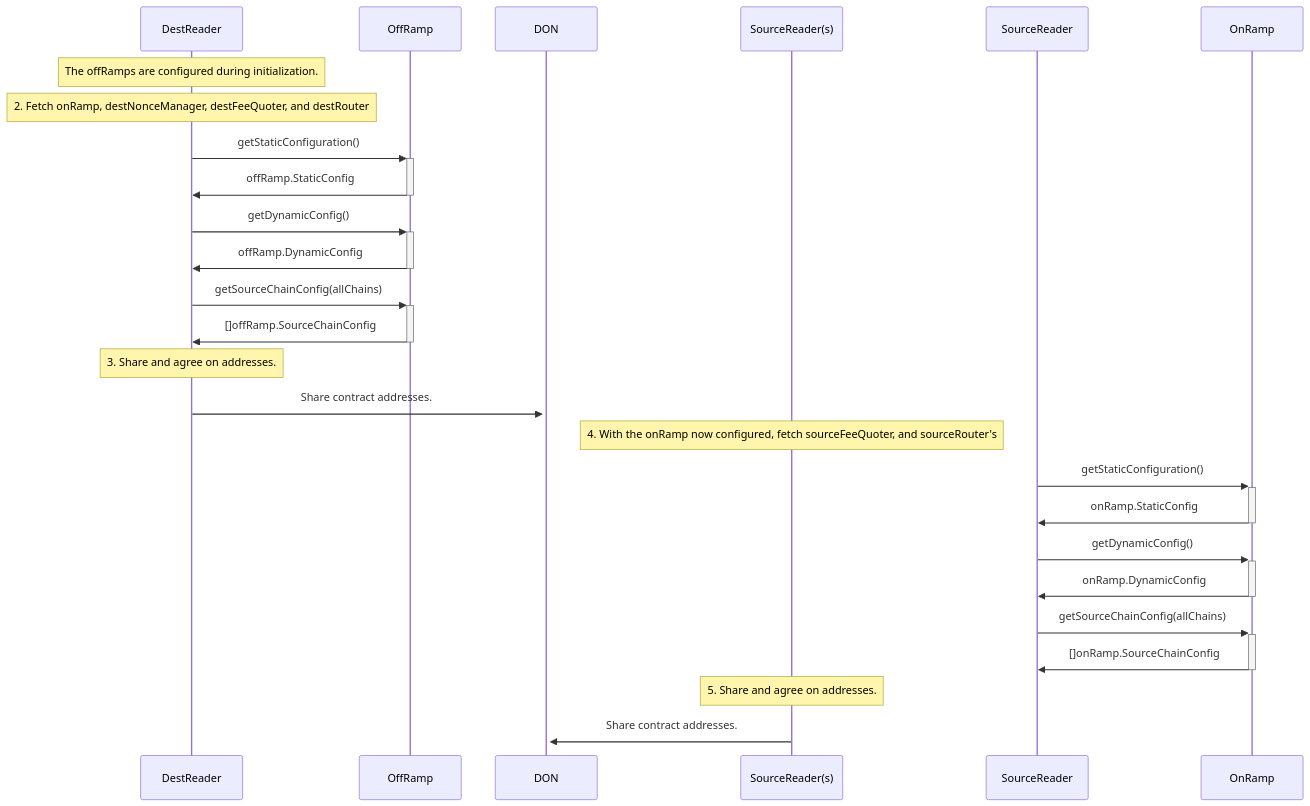
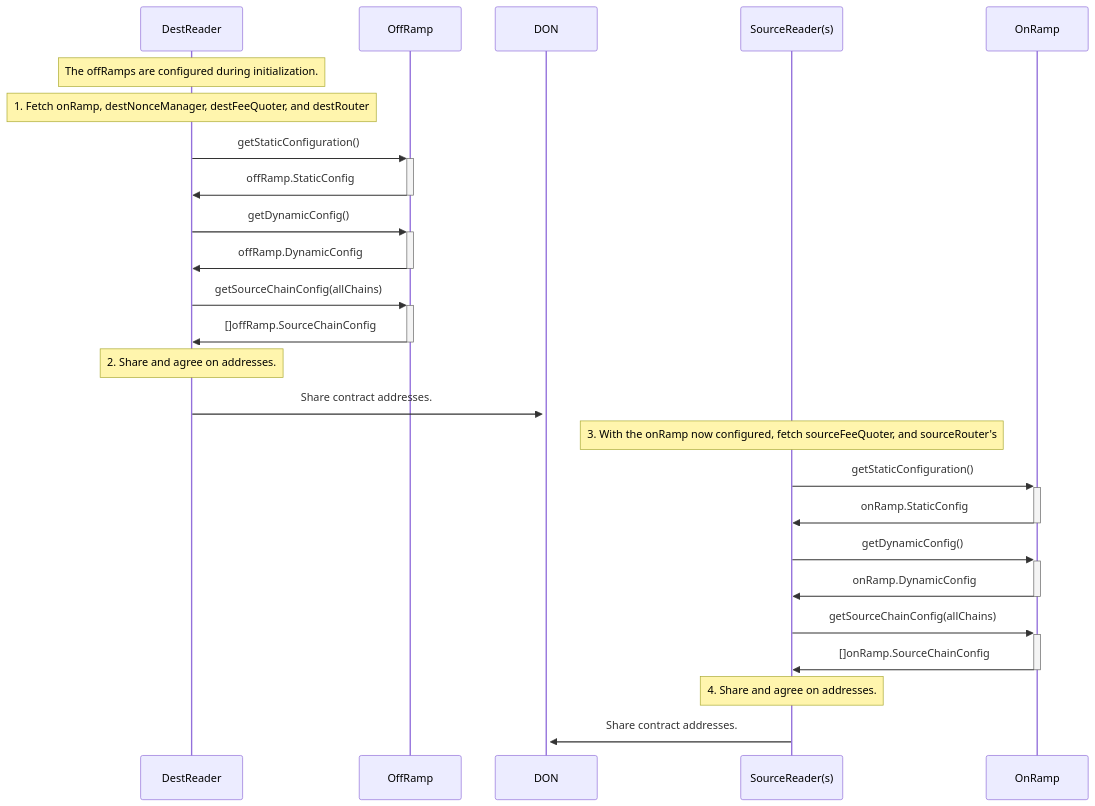
One commit to smartcontractkit/chainlink-ccip changed the diagram in docs/configuration.md. Above: the diagram before and after it, drawn with Mermaid.

````diff
--- a/docs/configuration.md
+++ b/docs/configuration.md
@@ -230,25 +230,25 @@
 ```mermaid
 sequenceDiagram
 note over DestReader: The offRamps are configured during initialization.
-note over DestReader: 2. Fetch onRamp, destNonceManager, destFeeQuoter, and destRouter
+note over DestReader: 1. Fetch onRamp, destNonceManager, destFeeQuoter, and destRouter
 DestReader ->>+ OffRamp: getStaticConfiguration()
 OffRamp ->>- DestReader: offRamp.StaticConfig
 DestReader ->>+ OffRamp: getDynamicConfig()
 OffRamp ->>- DestReader: offRamp.DynamicConfig
 DestReader ->>+ OffRamp: getSourceChainConfig(allChains)
 OffRamp ->>- DestReader: []offRamp.SourceChainConfig
 
-note over DestReader: 3. Share and agree on addresses.
+note over DestReader: 2. Share and agree on addresses.
 DestReader ->>+ DON: Share contract addresses.
 
-note over SourceReader(s): 4. With the onRamp now configured, fetch sourceFeeQuoter, and sourceRouter's
-SourceReader ->>+ OnRamp: getStaticConfiguration()
-OnRamp ->>- SourceReader: onRamp.StaticConfig
-SourceReader ->>+ OnRamp: getDynamicConfig()
-OnRamp ->>- SourceReader: onRamp.DynamicConfig
-SourceReader ->>+ OnRamp: getSourceChainConfig(allChains)
-OnRamp ->>- SourceReader: []onRamp.SourceChainConfig
+note over SourceReader(s): 3. With the onRamp now configured, fetch sourceFeeQuoter, and sourceRouter's
+SourceReader(s) ->>+ OnRamp: getStaticConfiguration()
+OnRamp ->>- SourceReader(s): onRamp.StaticConfig
+SourceReader(s) ->>+ OnRamp: getDynamicConfig()
+OnRamp ->>- SourceReader(s): onRamp.DynamicConfig
+SourceReader(s) ->>+ OnRamp: getSourceChainConfig(allChains)
+OnRamp ->>- SourceReader(s): []onRamp.SourceChainConfig
 
-note over SourceReader(s): 5. Share and agree on addresses.
+note over SourceReader(s): 4. Share and agree on addresses.
 SourceReader(s) ->> DON: Share contract addresses.
 ```
````
